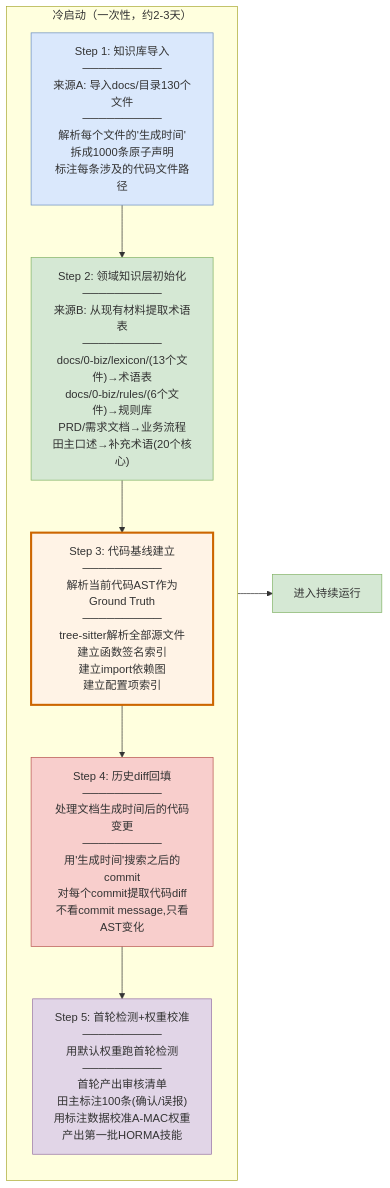
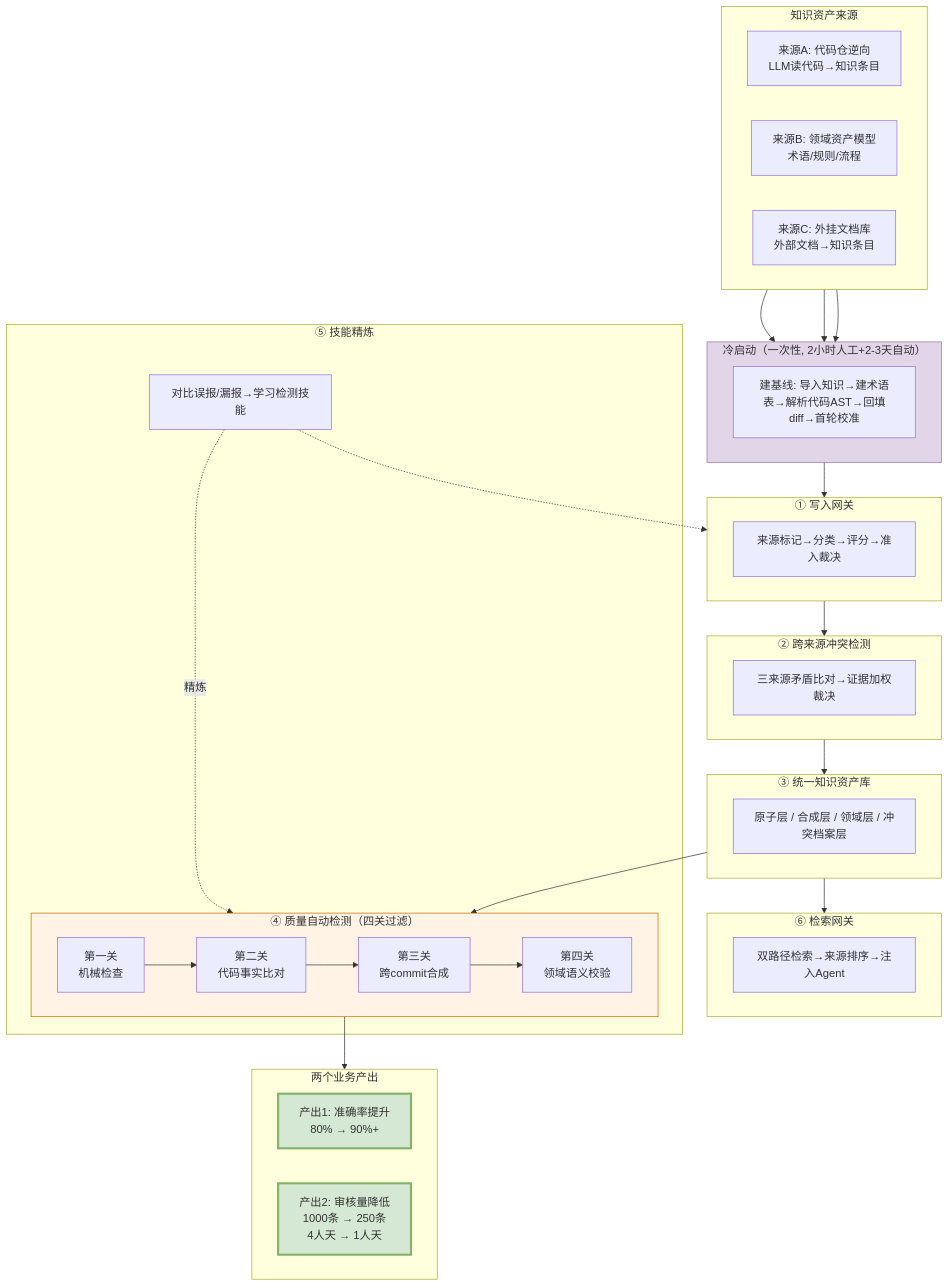
One commit to hututuxinyu/Memory changed the first of 7 diagrams in POC/存量知识资产治理完整解决方案.md. Above: the diagram before and after it, drawn with Mermaid. The commit also changed other lines of this file, not shown here.

Commit message:
refactor: restructure solution - clean process flow on top, key technologies detailed in each step's chapter (cold start, write gate, conflict detection, quality check, skill refinement, retrieval, outcomes)

````diff
--- a/POC/存量知识资产治理完整解决方案.md
+++ b/POC/存量知识资产治理完整解决方案.md
@@ -143,26 +13,65 @@
 ```mermaid
-flowchart LR
-    subgraph ColdStart["冷启动（一次性，约2-3天）"]
-        direction TB
-        
-        CS1["Step 1: 知识库导入<br/>──────────<br/>来源A: 导入docs/目录130个文件<br/>──────────<br/>解析每个文件的'生成时间'<br/>拆成1000条原子声明<br/>标注每条涉及的代码文件路径"]
-        
-        CS2["Step 2: 领域知识层初始化<br/>──────────<br/>来源B: 从现有材料提取术语表<br/>──────────<br/>docs/0-biz/lexicon/(13个文件)→术语表<br/>docs/0-biz/rules/(6个文件)→规则库<br/>PRD/需求文档→业务流程<br/>田主口述→补充术语(20个核心)"]
-        
-        CS3["Step 3: 代码基线建立<br/>──────────<br/>解析当前代码AST作为Ground Truth<br/>──────────<br/>tree-sitter解析全部源文件<br/>建立函数签名索引<br/>建立import依赖图<br/>建立配置项索引"]
-        
-        CS4["Step 4: 历史diff回填<br/>──────────<br/>处理文档生成时间后的代码变更<br/>──────────<br/>用'生成时间'搜索之后的commit<br/>对每个commit提取代码diff<br/>不看commit message,只看AST变化"]
-        
-        CS5["Step 5: 首轮检测+权重校准<br/>──────────<br/>用默认权重跑首轮检测<br/>──────────<br/>首轮产出审核清单<br/>田主标注100条(确认/误报)<br/>用标注数据校准A-MAC权重<br/>产出第一批HORMA技能"]
+flowchart TB
+    subgraph Sources["知识资产来源"]
+        direction LR
+        SA["来源A: 代码仓逆向<br/>LLM读代码→知识条目"]
+        SB["来源B: 领域资产模型<br/>术语/规则/流程"]
+        SC["来源C: 外挂文档库<br/>外部文档→知识条目"]
     end
 
-    CS1 --> CS2 --> CS3 --> CS4 --> CS5
-    CS5 --> Running["进入持续运行"]
-    
-    style CS1 fill:#dae8fc,stroke:#6c8ebf
-    style CS2 fill:#d5e8d4,stroke:#82b366
-    style CS3 fill:#fff3e6,stroke:#cc6600,stroke-width:3px
-    style CS4 fill:#f8cecc,stroke:#b85450
-    style CS5 fill:#e1d5e7,stroke:#9673a6
-    style Running fill:#d5e8d4,stroke:#82b366
+    subgraph ColdStart["冷启动（一次性, 2小时人工+2-3天自动）"]
+        CS["建基线: 导入知识→建术语表→解析代码AST→回填diff→首轮校准"]
+    end
+
+    subgraph WriteGate["① 写入网关"]
+        W["来源标记→分类→评分→准入裁决"]
+    end
+
+    subgraph Conflict["② 跨来源冲突检测"]
+        CZ["三来源矛盾比对→证据加权裁决"]
+    end
+
+    subgraph Memory["③ 统一知识资产库"]
+        M["原子层 / 合成层 / 领域层 / 冲突档案层"]
+    end
+
+    subgraph Quality["④ 质量自动检测（四关过滤）"]
+        direction LR
+        Q1["第一关<br/>机械检查"]
+        Q2["第二关<br/>代码事实比对"]
+        Q3["第三关<br/>跨commit合成"]
+        Q4["第四关<br/>领域语义校验"]
+        Q1 --> Q2 --> Q3 --> Q4
+    end
+
+    subgraph Skill["⑤ 技能精炼"]
+        SR["对比误报/漏报→学习检测技能"]
+        SR -.->|"精炼"| Quality
+    end
+
+    subgraph Retrieve["⑥ 检索网关"]
+        R["双路径检索→来源排序→注入Agent"]
+    end
+
+    subgraph Outcome["两个业务产出"]
+        direction LR
+        O1["产出1: 准确率提升<br/>80% → 90%+"]
+        O2["产出2: 审核量降低<br/>1000条 → 250条<br/>4人天 → 1人天"]
+    end
+
+    SA --> ColdStart
+    SB --> ColdStart
+    SC --> ColdStart
+    ColdStart --> WriteGate
+    WriteGate --> Conflict
+    Conflict --> Memory
+    Memory --> Quality
+    Quality --> Outcome
+    Memory --> Retrieve
+    SR -.-> WriteGate
+
+    style ColdStart fill:#e1d5e7,stroke:#9673a6
+    style Quality fill:#fff3e6,stroke:#cc6600
+    style O1 fill:#d5e8d4,stroke:#82b366,stroke-width:3px
+    style O2 fill:#d5e8d4,stroke:#82b366,stroke-width:3px
 ```
````
